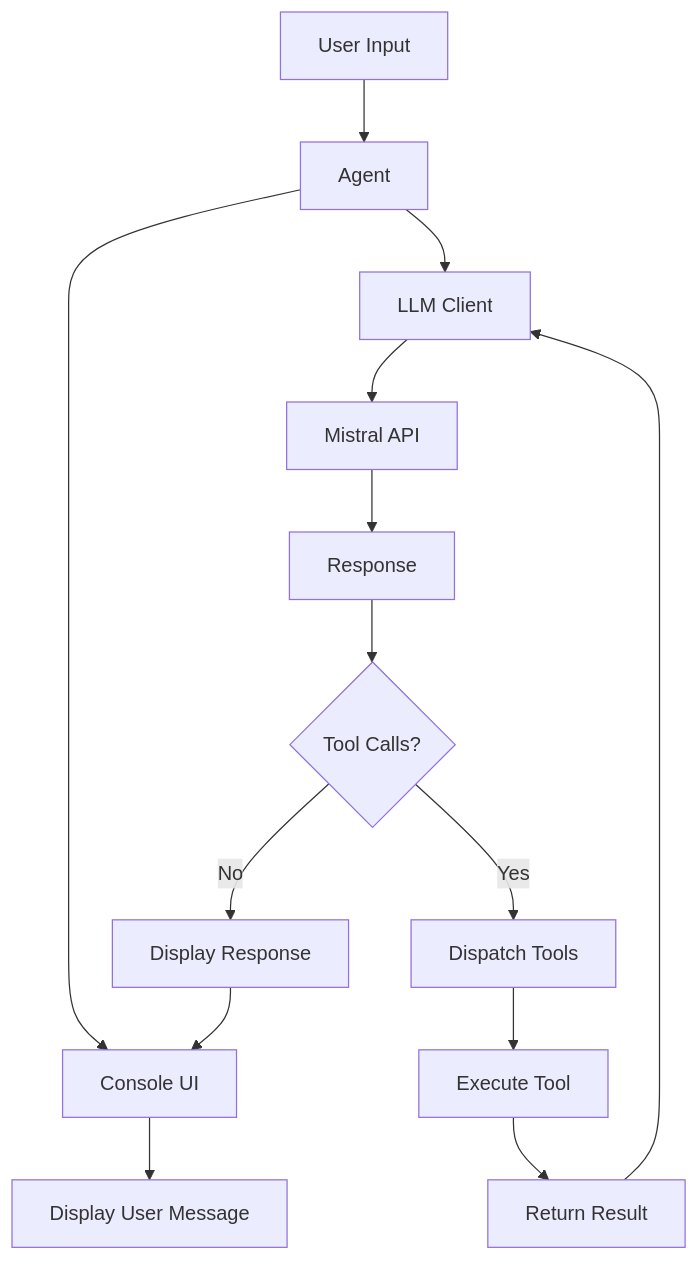
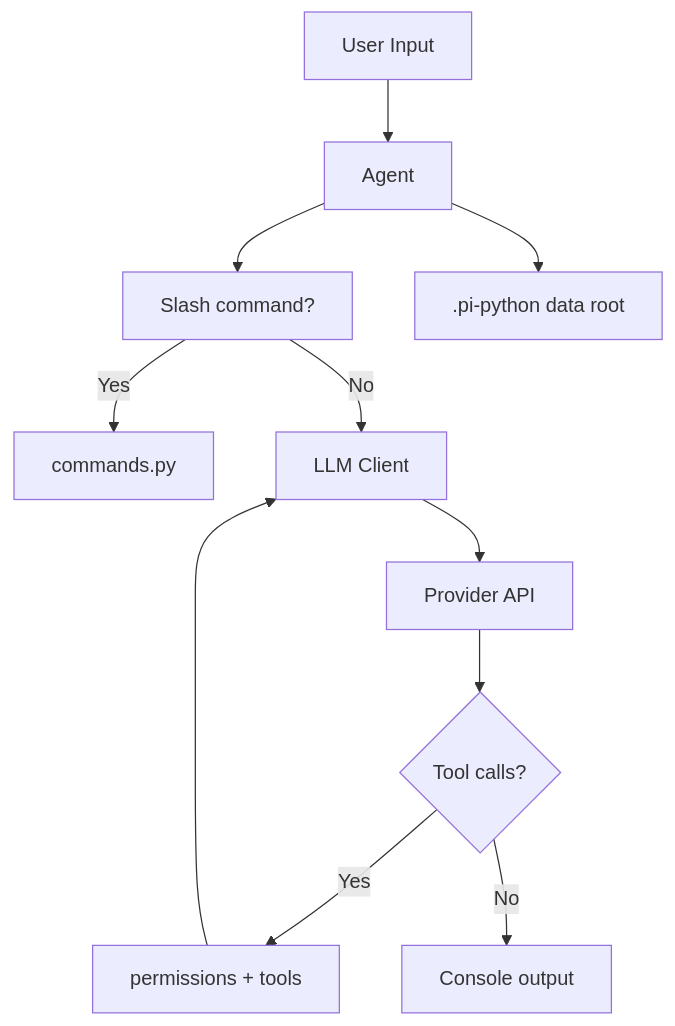
Before and after one commit to Abhishekkkk-15/pi: the diagram in README.md, drawn with Mermaid. The commit also changed other lines of this file, not shown here.

````diff
--- a/README.md
+++ b/README.md
@@ -158,16 +174,13 @@
 ```mermaid
 graph TD
     A[User Input] --> B[Agent]
-    B --> C[Console UI]
-    C --> D[Display User Message]
-    B --> E[LLM Client]
-    E --> F[Mistral API]
-    F --> G[Response]
-    G --> H{Tool Calls?}
-    H -->|Yes| I[Dispatch Tools]
-    I --> J[Execute Tool]
-    J --> K[Return Result]
-    K --> E
-    H -->|No| L[Display Response]
-    L --> C
+    B --> C[Slash command?]
+    C -->|Yes| D[commands.py]
+    C -->|No| E[LLM Client]
+    E --> F[Provider API]
+    F --> G{Tool calls?}
+    G -->|Yes| H[permissions + tools]
+    H --> E
+    G -->|No| I[Console output]
+    B --> J[.pi-python data root]
 ```
````
